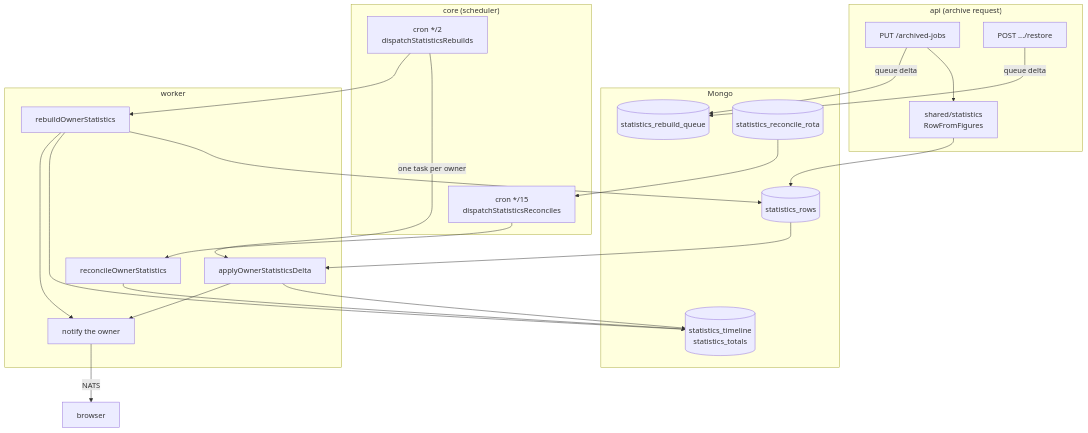
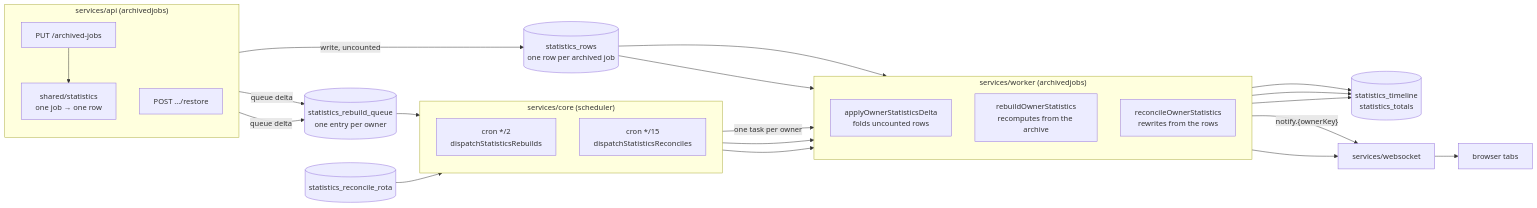
Before and after one commit to darcy561/eve-industry-planner: the diagram in technical-documentation/migration-plans/archived-jobs-stats/promote/worker-statistics.md, drawn with Mermaid. The commit also changed other lines of this file, not shown here.

Commit message:
Lay the statistics architecture out so it reads left to right
The diagram was trying to show ownership and flow at once, top to bottom, with
the collections boxed in the middle. Every edge between a service and a
collection then crossed a subgraph boundary, twice, and two of them ran
backwards against the flow.

It now follows the shape the document-lock topic uses: left to right, services
in subgraphs, the collections they share declared between them as free nodes,
and cross-service edges gathered after the subgraphs rather than scattered
through them. Every node is declared before it is used, and every edge points
the same way, so the path from an archive request to a browser is one line
across the page.

Two writes are left off the diagram and stated in prose instead: a rebuild
writes rows as well as aggregates, and a reconcile stamps the rota. Drawing them
was what bent the flow backwards, and neither is load-bearing to the shape.

````diff
--- a/technical-documentation/migration-plans/archived-jobs-stats/promote/worker-statistics.md
+++ b/technical-documentation/migration-plans/archived-jobs-stats/promote/worker-statistics.md
@@ -59,43 +59,50 @@
 ```mermaid
-flowchart TB
-  subgraph API["api (archive request)"]
-    Arch["PUT /archived-jobs"]
-    Rest["POST .../restore"]
-    Reduce["shared/statistics<br/>RowFromFigures"]
-    Arch --> Reduce
+flowchart LR
+  subgraph API["services/api (archivedjobs)"]
+    direction TB
+    Archive["PUT /archived-jobs"]
+    Restore["POST .../restore"]
+    Reduce["shared/statistics<br/>one job → one row"]
+    Archive --> Reduce
   end
 
-  subgraph Store["Mongo"]
-    Rows[("statistics_rows")]
-    Agg[("statistics_timeline<br/>statistics_totals")]
-    Queue[("statistics_rebuild_queue")]
-    Rota[("statistics_reconcile_rota")]
+  Rows[("statistics_rows<br/>one row per archived job")]
+  Queue[("statistics_rebuild_queue<br/>one entry per owner")]
+  Agg[("statistics_timeline<br/>statistics_totals")]
+  Rota[("statistics_reconcile_rota")]
+  WS["services/websocket"]
+  Browser["browser tabs"]
+
+  subgraph Core["services/core (scheduler)"]
+    direction TB
+    Drain["cron */2<br/>dispatchStatisticsRebuilds"]
+    Sweep["cron */15<br/>dispatchStatisticsReconciles"]
   end
 
-  subgraph Core["core (scheduler)"]
-    C1["cron */2<br/>dispatchStatisticsRebuilds"]
-    C2["cron */15<br/>dispatchStatisticsReconciles"]
+  subgraph Worker["services/worker (archivedjobs)"]
+    direction TB
+    Delta["applyOwnerStatisticsDelta<br/>folds uncounted rows"]
+    Build["rebuildOwnerStatistics<br/>recomputes from the archive"]
+    Recon["reconcileOwnerStatistics<br/>rewrites from the rows"]
   end
 
-  subgraph Worker["worker"]
-    Delta["applyOwnerStatisticsDelta"]
-    Build["rebuildOwnerStatistics"]
-    Recon["reconcileOwnerStatistics"]
-    Notify["notify the owner"]
-  end
+  Reduce -->|"write, uncounted"| Rows
+  Archive -->|"queue delta"| Queue
+  Restore -->|"queue delta"| Queue
 
-  Reduce --> Rows
-  Arch -->|queue delta| Queue
-  Rest -->|queue delta| Queue
-  C1 -->|one task per owner| Delta
-  C1 --> Build
-  C2 --> Recon
-  Rows --> Delta --> Agg
-  Build --> Rows
+  Queue --> Drain
+  Rota --> Sweep
+  Drain -->|"one task per owner"| Delta
+  Drain --> Build
+  Sweep --> Recon
+
+  Rows --> Delta
+  Rows --> Recon
+  Delta --> Agg
   Build --> Agg
-  Rota --> C2
   Recon --> Agg
-  Delta --> Notify
-  Build --> Notify
-  Notify -->|NATS| SPA["browser"]
+
+  Delta -->|"notify.{ownerKey}"| WS
+  Build --> WS
+  WS --> Browser
 ```
````
